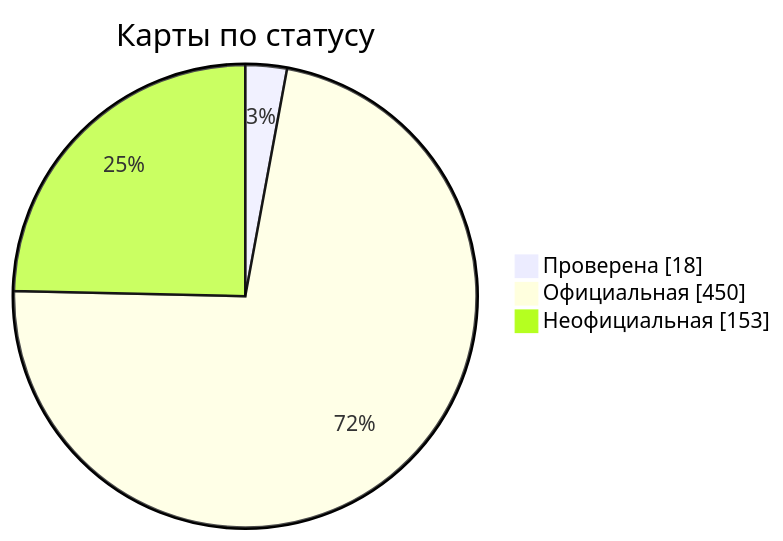
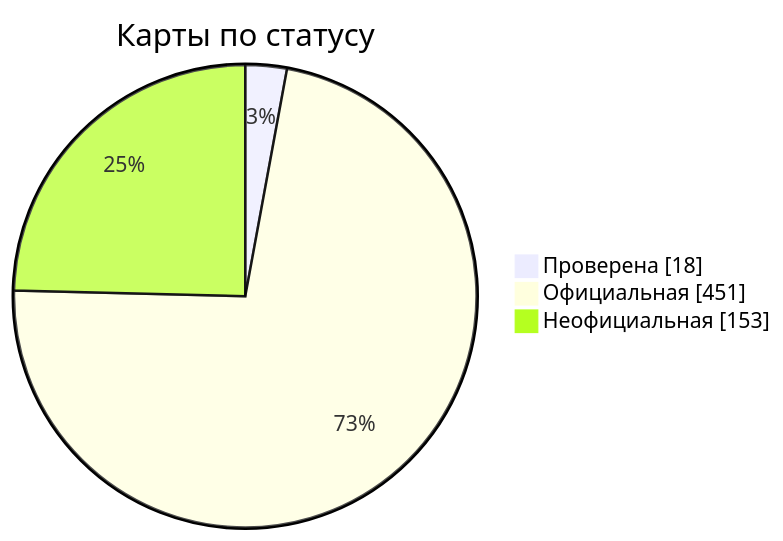
One commit to nobrega8/mbmap-library changed the diagram in docs/readme/README_RU.md. Above: the diagram before and after it, drawn with Mermaid. The commit also changed 6 other files, not shown here.

````diff
--- a/docs/readme/README_RU.md
+++ b/docs/readme/README_RU.md
@@ -54,7 +54,7 @@
 ```mermaid
 pie showData
     title Карты по статусу
     "Проверена" : 18
-    "Официальная" : 450
+    "Официальная" : 451
     "Неофициальная" : 153
 ```
````
